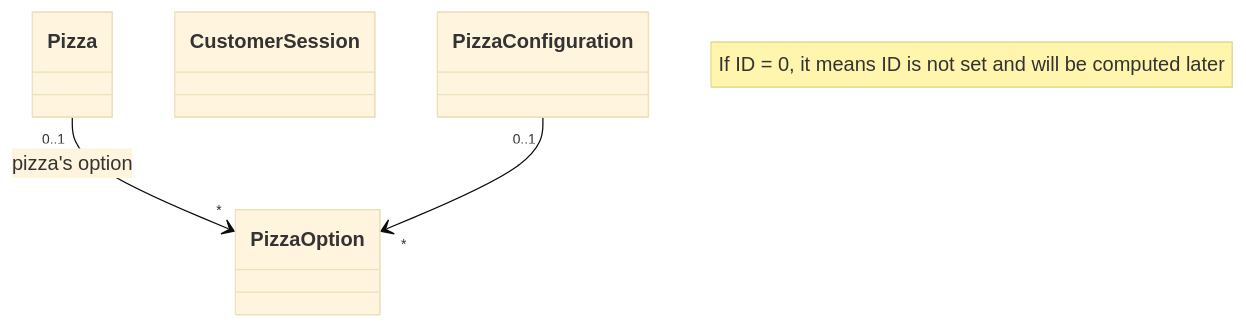
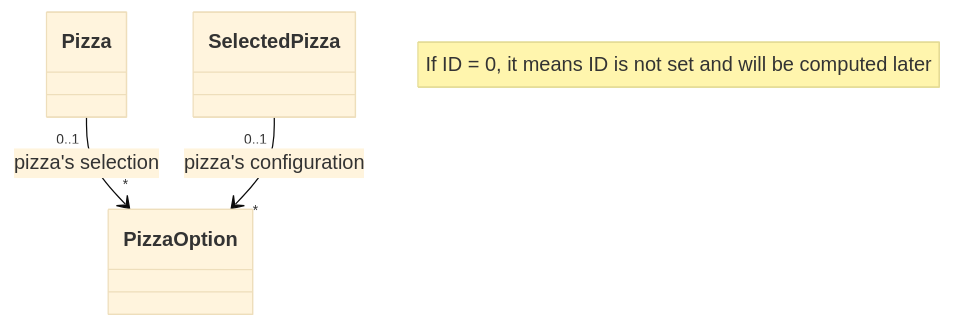
Before and after one commit to ekral/Utb.PizzaKiosk: the diagram in README.md, drawn with Mermaid (base theme).

````diff
--- a/README.md
+++ b/README.md
@@ -162,9 +162,10 @@
 ```mermaid
  classDiagram
    note "If ID = 0, it means ID is not set and will be computed later"
    %% direction LR
+   class PizzaOption
    class Pizza
-   class CustomerSession
-   Pizza "0..1" --> "*"  PizzaOption : pizza's option
-   PizzaConfiguration "0..1" --> "*" PizzaOption
+   class SelectedPizza
+   Pizza "0..1" --> "*"  PizzaOption : pizza's selection
+   SelectedPizza "0..1" --> "*"  PizzaOption : pizza's configuration
 ```
````
